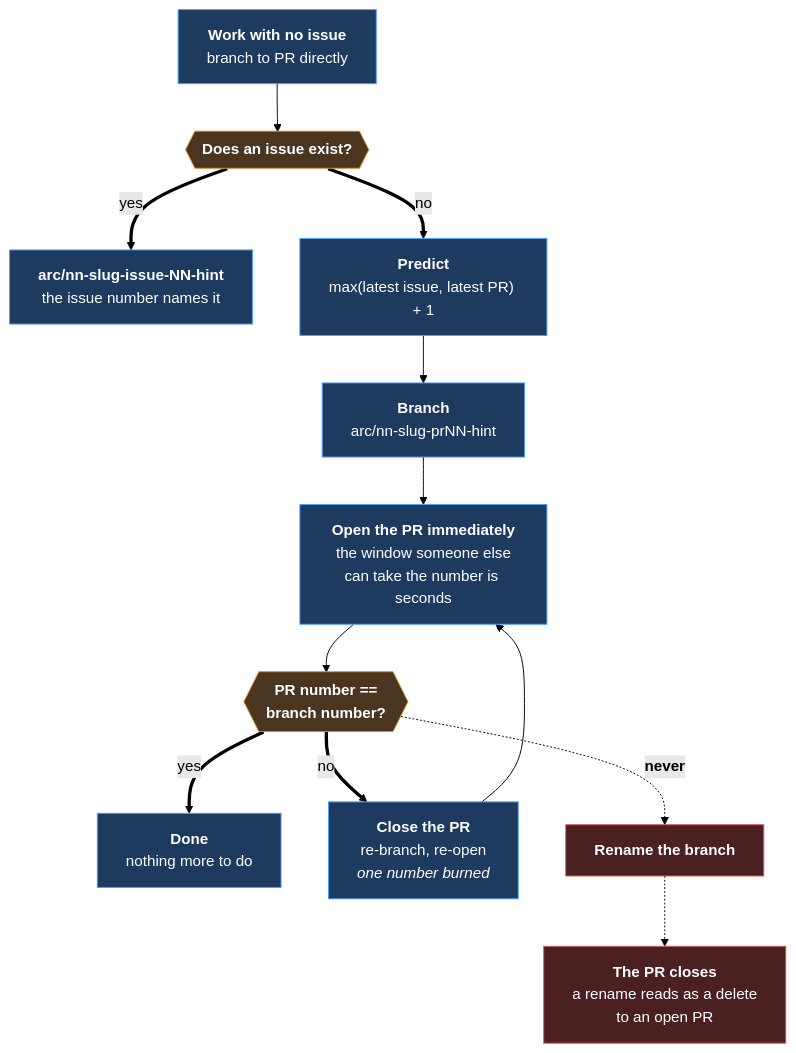
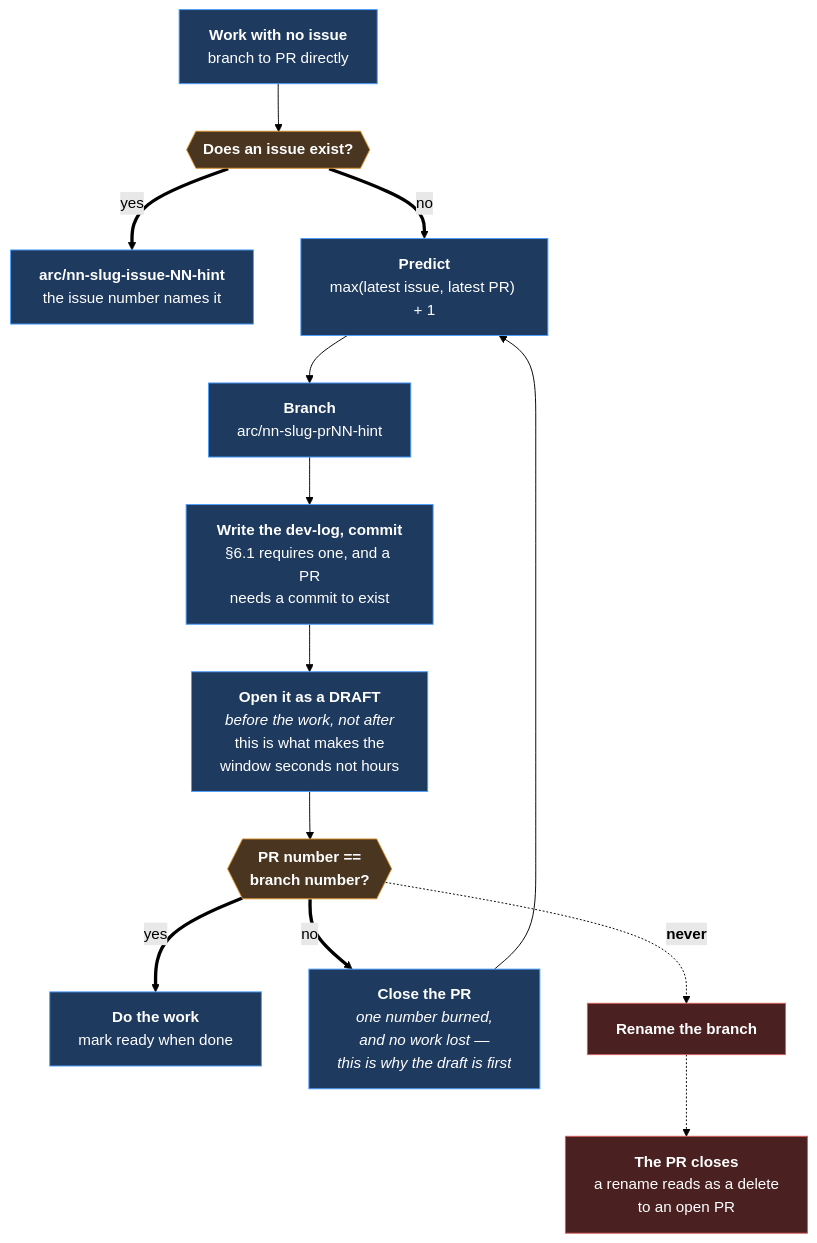
The third of 3 diagrams in docs/product-architecture/mechanisms/m46-work-navigation.md (Calyx-Engineering/arc), drawn with Mermaid (forest theme) before and after one commit. The commit also changed other lines of this file and 4 other files, not shown here.

First line of the commit message:
fix: the draft PR comes before the work, not after

````diff
--- a/docs/product-architecture/mechanisms/m46-work-navigation.md
+++ b/docs/product-architecture/mechanisms/m46-work-navigation.md
@@ -393,20 +393,21 @@
 ```mermaid
 flowchart TB
     START["<b>Work with no issue</b><br/>branch to PR directly"] --> Q{{"<b>Does an issue exist?</b>"}}
     Q ==>|yes| ISS["<b>arc/nn-slug-issue-NN-hint</b><br/>the issue number names it"]
     Q ==>|no| PRED["<b>Predict</b><br/>max(latest issue, latest PR) + 1"]
     PRED --> BR["<b>Branch</b><br/>arc/nn-slug-prNN-hint"]
-    BR --> OPEN["<b>Open the PR immediately</b><br/>the window someone else<br/>can take the number is seconds"]
+    BR --> LOG["<b>Write the dev-log, commit</b><br/>§6.1 requires one, and a PR<br/>needs a commit to exist"]
+    LOG --> OPEN["<b>Open it as a DRAFT</b><br/><i>before the work, not after</i><br/>this is what makes the<br/>window seconds not hours"]
     OPEN --> CHK{{"<b>PR number ==<br/>branch number?</b>"}}
-    CHK ==>|yes| DONE["<b>Done</b><br/>nothing more to do"]
-    CHK ==>|no| FIX["<b>Close the PR</b><br/>re-branch, re-open<br/><i>one number burned</i>"]
-    FIX --> OPEN
+    CHK ==>|yes| WORK["<b>Do the work</b><br/>mark ready when done"]
+    CHK ==>|no| FIX["<b>Close the PR</b><br/><i>one number burned,<br/>and no work lost —<br/>this is why the draft is first</i>"]
+    FIX --> PRED
     CHK -.->|"<b>never</b>"| REN["<b>Rename the branch</b>"]
     REN -.-> DEAD["<b>The PR closes</b><br/>a rename reads as a delete<br/>to an open PR"]
     classDef n fill:#1e3a5f,stroke:#4a9eff,color:#fff
     classDef s fill:#4a3520,stroke:#d98f2b,color:#fff
     classDef x fill:#4a2020,stroke:#d95b5b,color:#fff
-    class START,ISS,PRED,BR,OPEN,DONE,FIX n
+    class START,ISS,PRED,BR,LOG,OPEN,WORK,FIX n
     class Q,CHK s
     class REN,DEAD x
 ```
````
